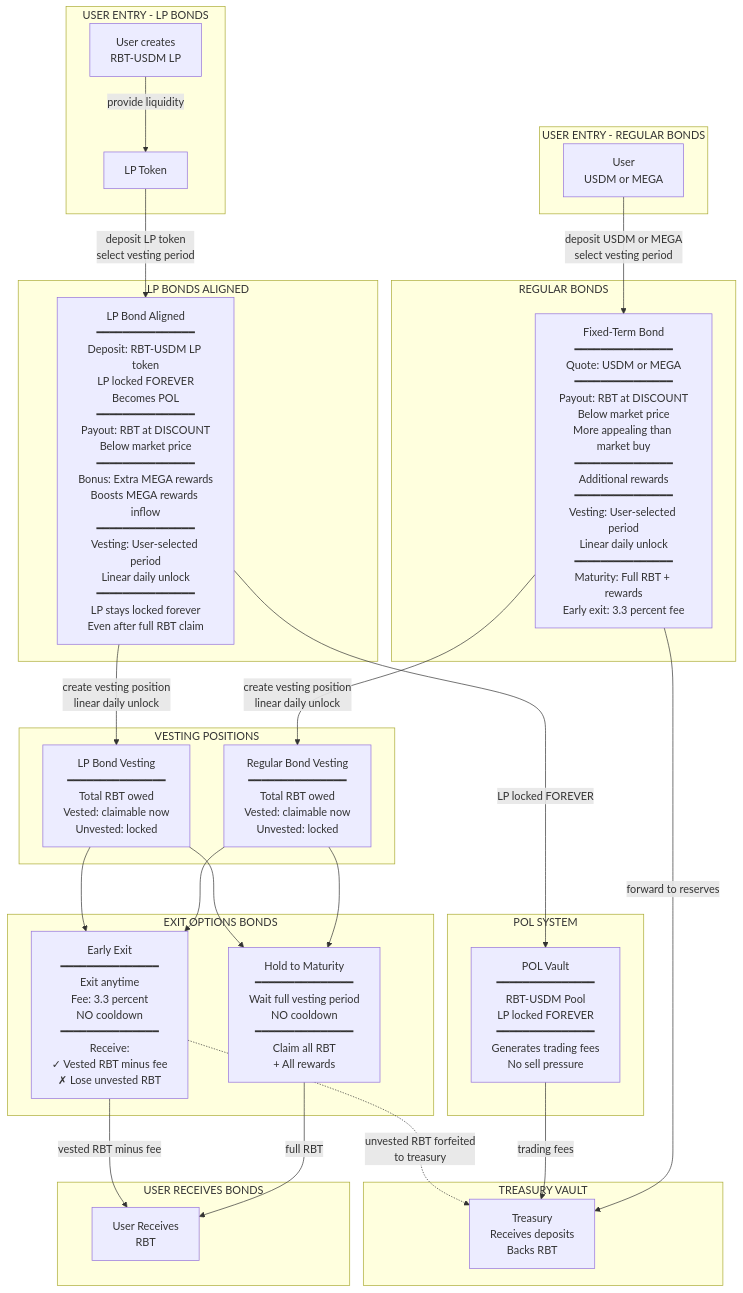
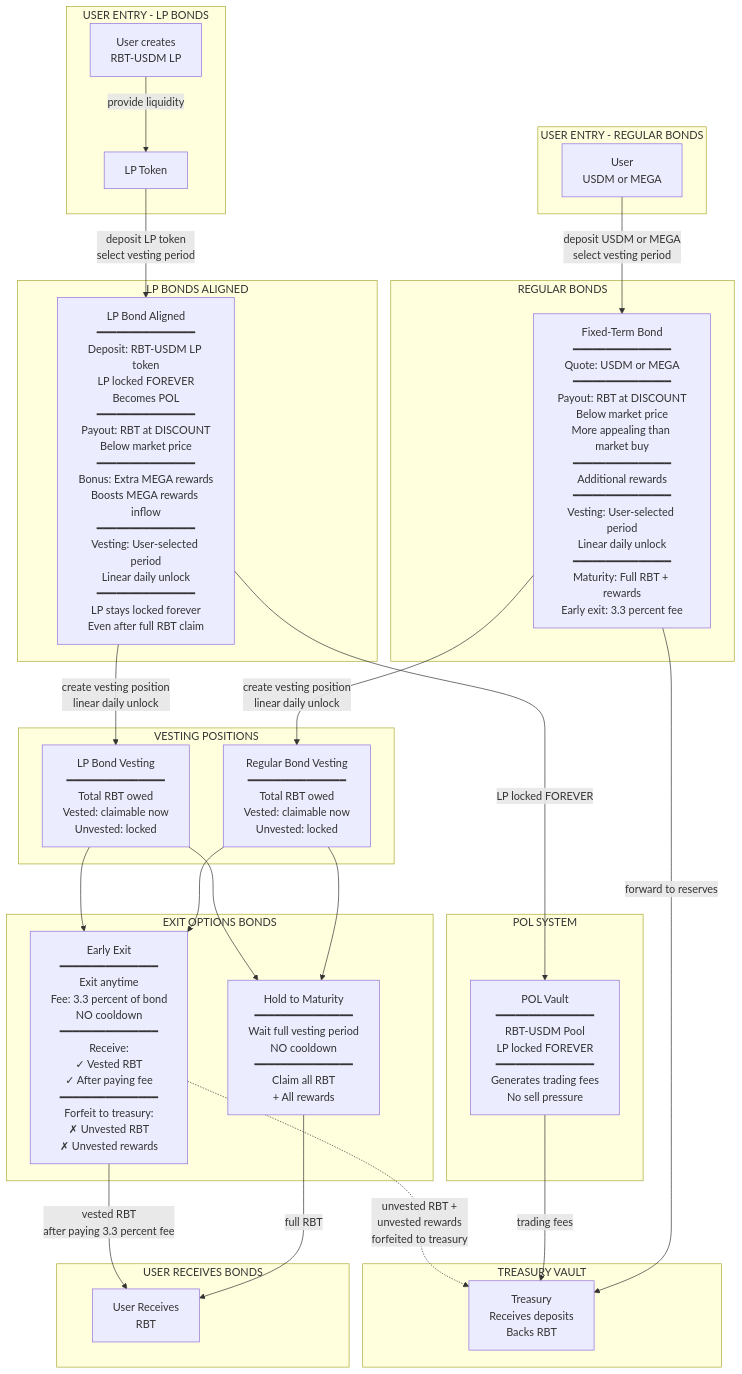
Before and after one commit to 0xJaehaerys/ohmega: the third of 3 diagrams in blackhaven-complete-system.md, drawn with Mermaid.

Commit message:
Clarify bond early exit: 3.3 percent fee of bond, receive vested RBT after fee, forfeit unvested

````diff
--- a/blackhaven-complete-system.md
+++ b/blackhaven-complete-system.md
@@ -145,63 +145,63 @@
 ```mermaid
 graph TB
     subgraph "USER ENTRY - REGULAR BONDS"
         USER_REG[User<br/>USDM or MEGA]
     end
     
     subgraph "REGULAR BONDS"
         BOND[Fixed-Term Bond<br/>━━━━━━━━━━━━━━━<br/>Quote: USDM or MEGA<br/>━━━━━━━━━━━━━━━<br/>Payout: RBT at DISCOUNT<br/>Below market price<br/>More appealing than market buy<br/>━━━━━━━━━━━━━━━<br/>Additional rewards<br/>━━━━━━━━━━━━━━━<br/>Vesting: User-selected period<br/>Linear daily unlock<br/>━━━━━━━━━━━━━━━<br/>Maturity: Full RBT + rewards<br/>Early exit: 3.3 percent fee]
     end
     
     subgraph "USER ENTRY - LP BONDS"
         USER_LP_START[User creates<br/>RBT-USDM LP]
         LP_TOKEN[LP Token]
     end
     
     subgraph "LP BONDS ALIGNED"
         LP_BOND[LP Bond Aligned<br/>━━━━━━━━━━━━━━━<br/>Deposit: RBT-USDM LP token<br/>LP locked FOREVER<br/>Becomes POL<br/>━━━━━━━━━━━━━━━<br/>Payout: RBT at DISCOUNT<br/>Below market price<br/>━━━━━━━━━━━━━━━<br/>Bonus: Extra MEGA rewards<br/>Boosts MEGA rewards inflow<br/>━━━━━━━━━━━━━━━<br/>Vesting: User-selected period<br/>Linear daily unlock<br/>━━━━━━━━━━━━━━━<br/>LP stays locked forever<br/>Even after full RBT claim]
     end
     
     subgraph "TREASURY VAULT"
         TREASURY_BONDS[Treasury<br/>Receives deposits<br/>Backs RBT]
     end
     
     subgraph "POL SYSTEM"
         POL[POL Vault<br/>━━━━━━━━━━━━━━━<br/>RBT-USDM Pool<br/>LP locked FOREVER<br/>━━━━━━━━━━━━━━━<br/>Generates trading fees<br/>No sell pressure]
     end
     
     subgraph "VESTING POSITIONS"
         VESTING_REG[Regular Bond Vesting<br/>━━━━━━━━━━━━━━━<br/>Total RBT owed<br/>Vested: claimable now<br/>Unvested: locked]
         
         VESTING_LP[LP Bond Vesting<br/>━━━━━━━━━━━━━━━<br/>Total RBT owed<br/>Vested: claimable now<br/>Unvested: locked]
     end
     
     subgraph "EXIT OPTIONS BONDS"
         MAT_BOND[Hold to Maturity<br/>━━━━━━━━━━━━━━━<br/>Wait full vesting period<br/>NO cooldown<br/>━━━━━━━━━━━━━━━<br/>Claim all RBT<br/>+ All rewards]
         
-        EARLY_BOND[Early Exit<br/>━━━━━━━━━━━━━━━<br/>Exit anytime<br/>Fee: 3.3 percent<br/>NO cooldown<br/>━━━━━━━━━━━━━━━<br/>Receive:<br/>✓ Vested RBT minus fee<br/>✗ Lose unvested RBT]
+        EARLY_BOND[Early Exit<br/>━━━━━━━━━━━━━━━<br/>Exit anytime<br/>Fee: 3.3 percent of bond<br/>NO cooldown<br/>━━━━━━━━━━━━━━━<br/>Receive:<br/>✓ Vested RBT<br/>✓ After paying fee<br/>━━━━━━━━━━━━━━━<br/>Forfeit to treasury:<br/>✗ Unvested RBT<br/>✗ Unvested rewards]
     end
     
     subgraph "USER RECEIVES BONDS"
         USER_OUT_BOND[User Receives<br/>RBT]
     end
     
     USER_REG -->|deposit USDM or MEGA<br/>select vesting period| BOND
     BOND -->|forward to reserves| TREASURY_BONDS
     BOND -->|create vesting position<br/>linear daily unlock| VESTING_REG
     
     USER_LP_START -->|provide liquidity| LP_TOKEN
     LP_TOKEN -->|deposit LP token<br/>select vesting period| LP_BOND
     LP_BOND -->|LP locked FOREVER| POL
     LP_BOND -->|create vesting position<br/>linear daily unlock| VESTING_LP
     
     POL -->|trading fees| TREASURY_BONDS
     
     VESTING_REG --> MAT_BOND
     VESTING_REG --> EARLY_BOND
     VESTING_LP --> MAT_BOND
     VESTING_LP --> EARLY_BOND
     
     MAT_BOND -->|full RBT| USER_OUT_BOND
-    EARLY_BOND -->|vested RBT minus fee| USER_OUT_BOND
-    EARLY_BOND -.->|unvested RBT forfeited<br/>to treasury| TREASURY_BONDS
+    EARLY_BOND -->|vested RBT<br/>after paying 3.3 percent fee| USER_OUT_BOND
+    EARLY_BOND -.->|unvested RBT +<br/>unvested rewards<br/>forfeited to treasury| TREASURY_BONDS
 ```
````
